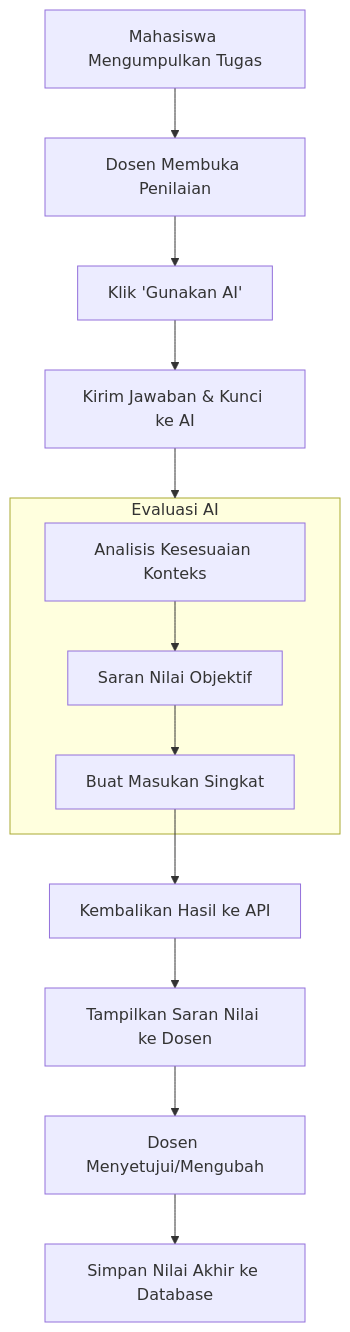
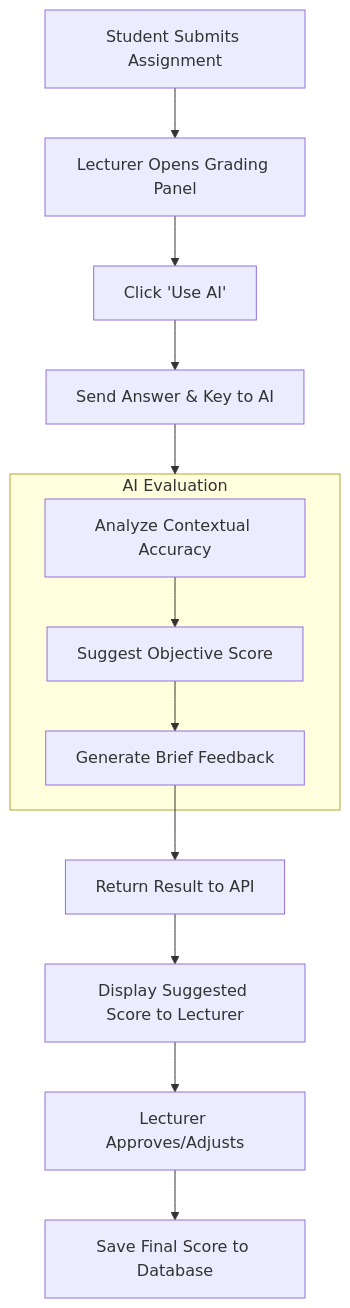
One commit to dwikrisnandi/siakad-dkn-dkn changed the fourth of 4 diagrams in README.md. Above: the diagram before and after it, drawn with Mermaid. The commit also changed other lines of this file, not shown here.

````diff
--- a/README.md
+++ b/README.md
@@ -120,21 +120,21 @@
 ```mermaid
 flowchart TD
-    Start[Mahasiswa Mengumpulkan Tugas] --> Panel[Dosen Membuka Penilaian]
-    Panel --> Click[Klik 'Gunakan AI']
-    Click --> Send[Kirim Jawaban & Kunci ke AI]
+    Start[Student Submits Assignment] --> Panel[Lecturer Opens Grading Panel]
+    Panel --> Click[Click 'Use AI']
+    Click --> Send[Send Answer & Key to AI]
     
-    subgraph GeminiEval [Evaluasi AI]
-        Analyze[Analisis Kesesuaian Konteks]
-        Score[Saran Nilai Objektif]
-        Feedback[Buat Masukan Singkat]
+    subgraph GeminiEval [AI Evaluation]
+        Analyze[Analyze Contextual Accuracy]
+        Score[Suggest Objective Score]
+        Feedback[Generate Brief Feedback]
         
         Analyze --> Score --> Feedback
     end
     
     Send --> GeminiEval
-    Feedback --> API_Return[Kembalikan Hasil ke API]
+    Feedback --> API_Return[Return Result to API]
     
-    API_Return --> Display[Tampilkan Saran Nilai ke Dosen]
-    Display --> Approve[Dosen Menyetujui/Mengubah]
-    Approve --> Save[Simpan Nilai Akhir ke Database]
+    API_Return --> Display[Display Suggested Score to Lecturer]
+    Display --> Approve[Lecturer Approves/Adjusts]
+    Approve --> Save[Save Final Score to Database]
 ```
````
